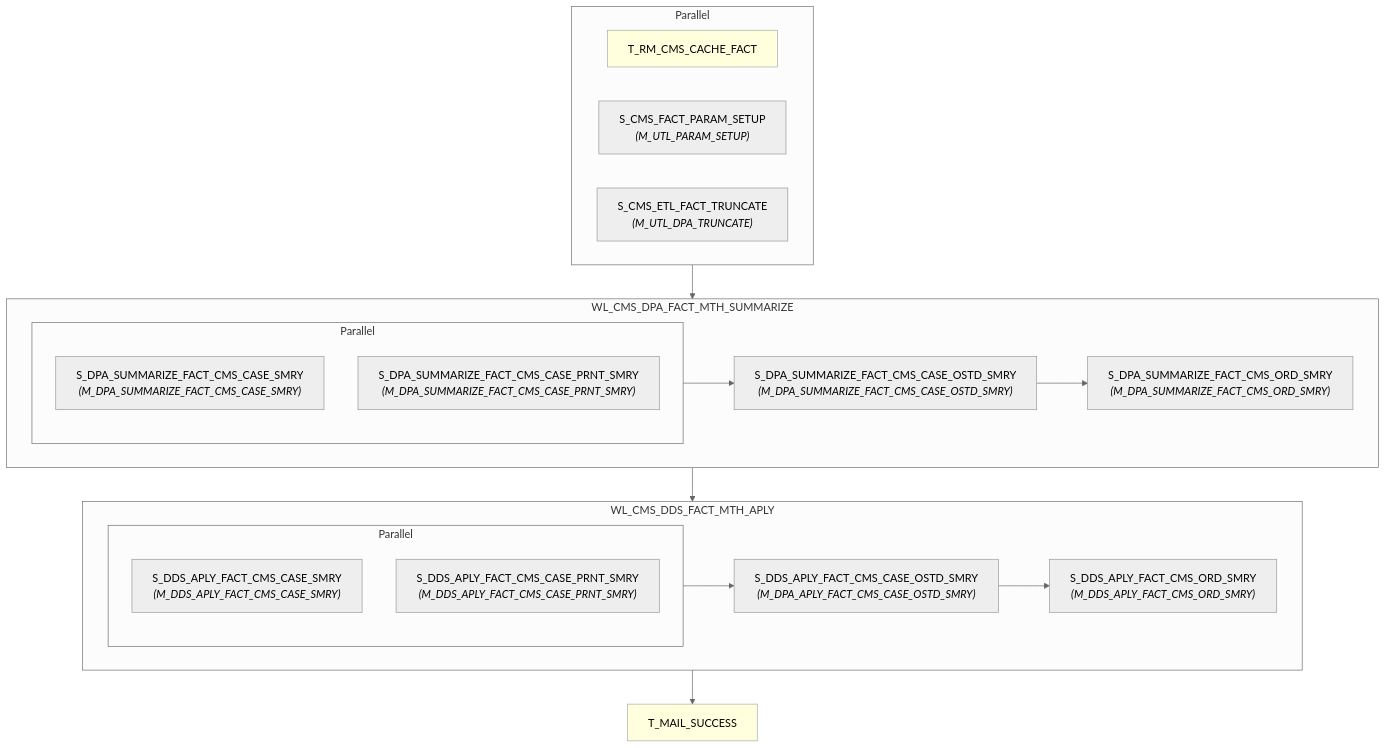
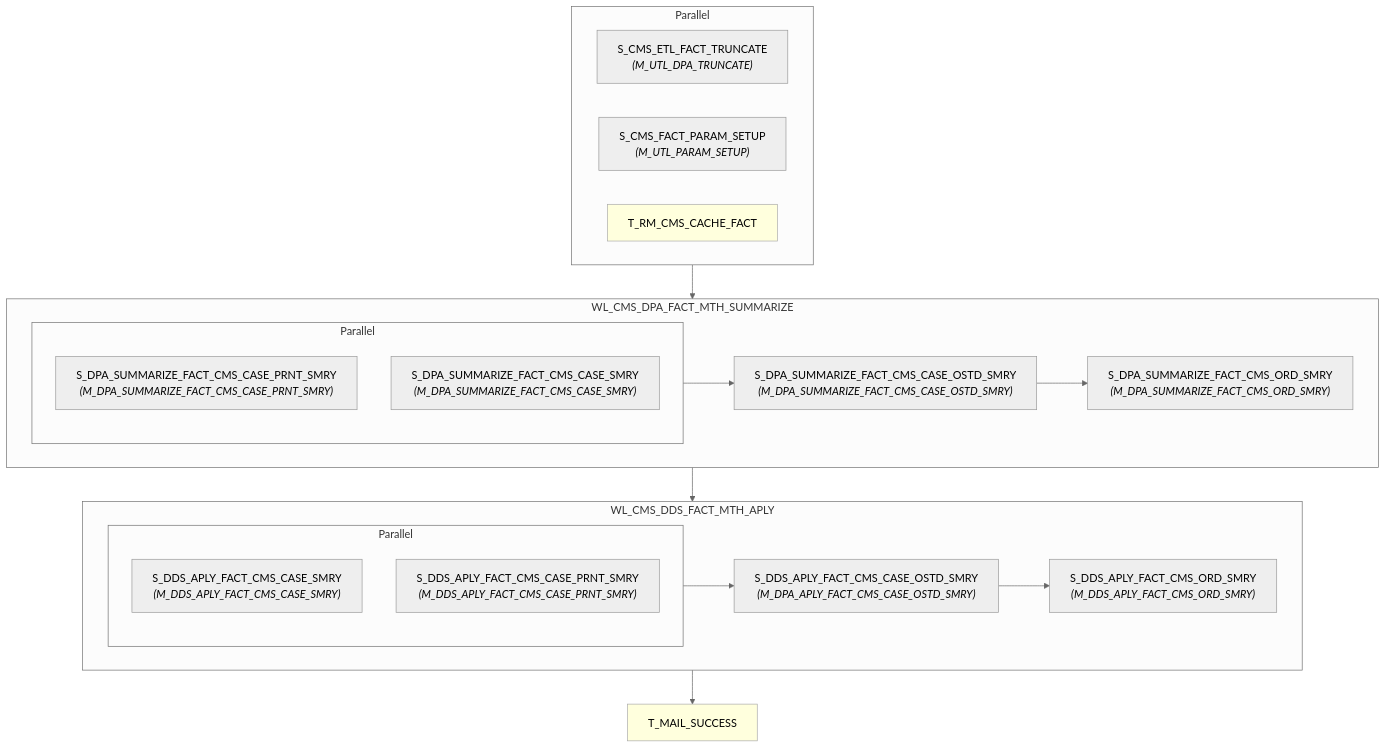
One commit to asl-adamxu/informatica-sparker-poc changed the diagram in informatica/PowerCenter_workflows/dds/WF_CMS_DDS_APLY_MTH_SPARK/wf_cms_dds_aply_mth.md. Above: the diagram before and after it, drawn with Mermaid (neutral theme). The commit also changed 42 other files, not shown here.

````diff
--- a/informatica/PowerCenter_workflows/dds/WF_CMS_DDS_APLY_MTH_SPARK/wf_cms_dds_aply_mth.md
+++ b/informatica/PowerCenter_workflows/dds/WF_CMS_DDS_APLY_MTH_SPARK/wf_cms_dds_aply_mth.md
@@ -7,41 +7,41 @@
 ```mermaid
 flowchart TD
-    n1["T_RM_CMS_CACHE_FACT"]
-    style n1 fill:#ffd,stroke:#aaa,stroke-width:1px
+    n1["S_CMS_ETL_FACT_TRUNCATE<br/><i>(M_UTL_DPA_TRUNCATE)</i>"]
     n2["S_CMS_FACT_PARAM_SETUP<br/><i>(M_UTL_PARAM_SETUP)</i>"]
-    n3["S_CMS_ETL_FACT_TRUNCATE<br/><i>(M_UTL_DPA_TRUNCATE)</i>"]
+    n3["T_RM_CMS_CACHE_FACT"]
+    style n3 fill:#ffd,stroke:#aaa,stroke-width:1px
     subgraph pg4[Parallel]
         n1
         n2
         n3
     end
     subgraph wkl5["WL_CMS_DPA_FACT_MTH_SUMMARIZE"]
-    n6["S_DPA_SUMMARIZE_FACT_CMS_CASE_SMRY<br/><i>(M_DPA_SUMMARIZE_FACT_CMS_CASE_SMRY)</i>"]
-    n7["S_DPA_SUMMARIZE_FACT_CMS_CASE_PRNT_SMRY<br/><i>(M_DPA_SUMMARIZE_FACT_CMS_CASE_PRNT_SMRY)</i>"]
+    n6["S_DPA_SUMMARIZE_FACT_CMS_CASE_PRNT_SMRY<br/><i>(M_DPA_SUMMARIZE_FACT_CMS_CASE_PRNT_SMRY)</i>"]
+    n7["S_DPA_SUMMARIZE_FACT_CMS_CASE_SMRY<br/><i>(M_DPA_SUMMARIZE_FACT_CMS_CASE_SMRY)</i>"]
     subgraph pg8[Parallel]
         n6
         n7
     end
     n9["S_DPA_SUMMARIZE_FACT_CMS_CASE_OSTD_SMRY<br/><i>(M_DPA_SUMMARIZE_FACT_CMS_CASE_OSTD_SMRY)</i>"]
     n10["S_DPA_SUMMARIZE_FACT_CMS_ORD_SMRY<br/><i>(M_DPA_SUMMARIZE_FACT_CMS_ORD_SMRY)</i>"]
         pg8 --> n9
         n9 --> n10
     end
     subgraph wkl11["WL_CMS_DDS_FACT_MTH_APLY"]
     n12["S_DDS_APLY_FACT_CMS_CASE_SMRY<br/><i>(M_DDS_APLY_FACT_CMS_CASE_SMRY)</i>"]
     n13["S_DDS_APLY_FACT_CMS_CASE_PRNT_SMRY<br/><i>(M_DDS_APLY_FACT_CMS_CASE_PRNT_SMRY)</i>"]
     subgraph pg14[Parallel]
         n12
         n13
     end
     n15["S_DDS_APLY_FACT_CMS_CASE_OSTD_SMRY<br/><i>(M_DPA_APLY_FACT_CMS_CASE_OSTD_SMRY)</i>"]
     n16["S_DDS_APLY_FACT_CMS_ORD_SMRY<br/><i>(M_DDS_APLY_FACT_CMS_ORD_SMRY)</i>"]
         pg14 --> n15
         n15 --> n16
     end
     n17["T_MAIL_SUCCESS"]
     style n17 fill:#ffd,stroke:#aaa,stroke-width:1px
     pg4 --> wkl5
     wkl5 --> wkl11
     wkl11 --> n17
 ```
````
